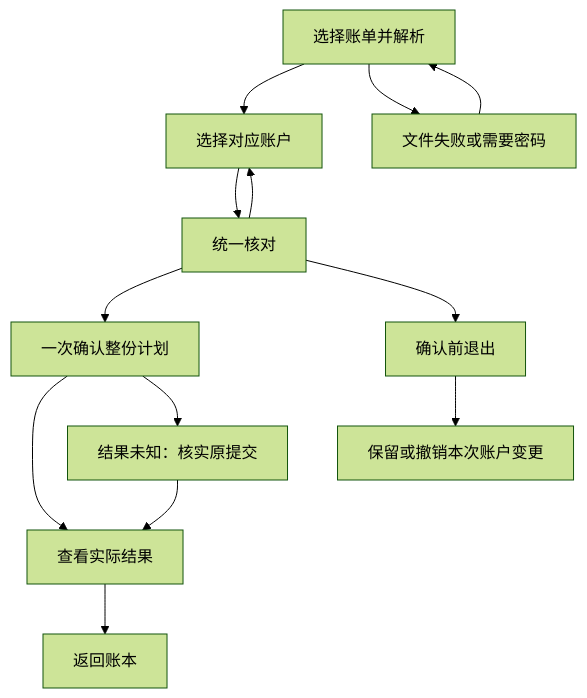
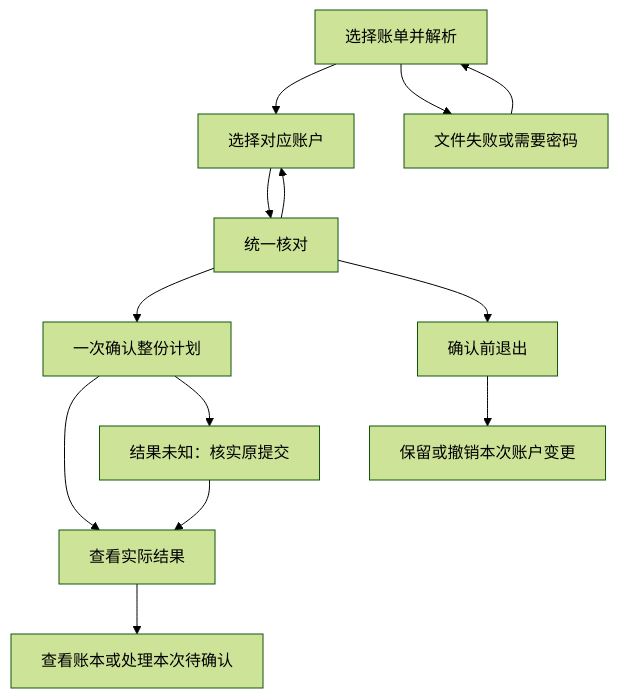
The diagram in docs/import/feature-map.md (ssttkkl/finance-tracker), drawn with Mermaid (forest theme) before and after one commit. The commit also changed other lines of this file and 127 other files, not shown here.

````diff
--- a/docs/import/feature-map.md
+++ b/docs/import/feature-map.md
@@ -61,15 +61,15 @@
 ```mermaid
 flowchart TD
     A[选择账单并解析] --> B[选择对应账户]
     A --> P[文件失败或需要密码]
     P --> A
     B --> C[统一核对]
     C --> B
     C --> D[一次确认整份计划]
     D --> E[查看实际结果]
-    E --> F[返回账本]
+    E --> F[查看账本或处理本次待确认]
     D --> U[结果未知：核实原提交]
     U --> E
     C --> X[确认前退出]
     X --> Y[保留或撤销本次账户变更]
 ```
````
